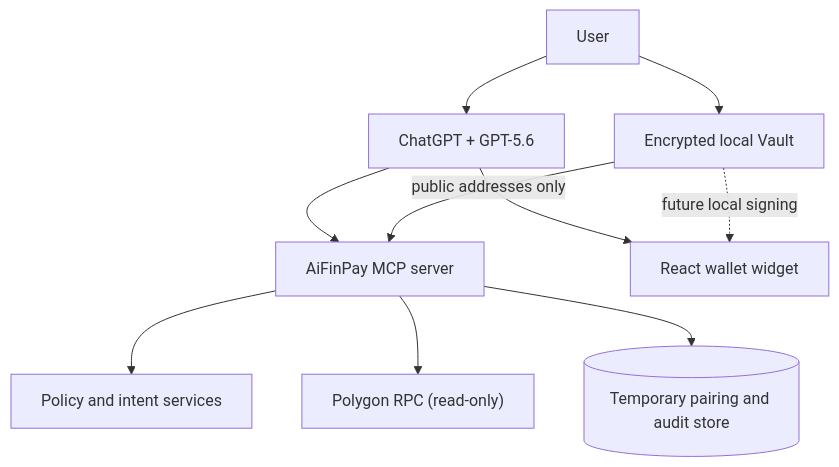
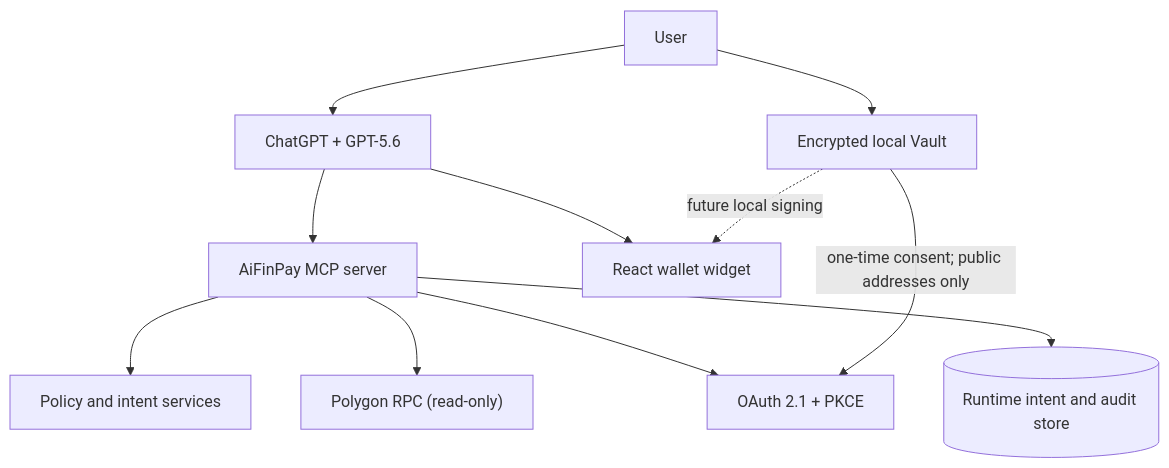
One commit to coinsecuritiescompany/GPT-wallet-AiFinPay changed the diagram in README.md. Above: the diagram before and after it, drawn with Mermaid. The commit also changed other lines of this file and 30 other files, not shown here.

````diff
--- a/README.md
+++ b/README.md
@@ -58,12 +58,13 @@
 ```mermaid
 flowchart TD
     U["User"] --> C["ChatGPT + GPT-5.6"]
     C --> M["AiFinPay MCP server"]
     M --> P["Policy and intent services"]
     M --> R["Polygon RPC (read-only)"]
-    M --> D[("Temporary pairing and audit store")]
+    M --> A["OAuth 2.1 + PKCE"]
+    M --> D[("Runtime intent and audit store")]
     C --> W["React wallet widget"]
     U --> V["Encrypted local Vault"]
-    V -->|"public addresses only"| M
+    V -->|"one-time consent; public addresses only"| A
     V -. "future local signing" .-> W
 ```
````
